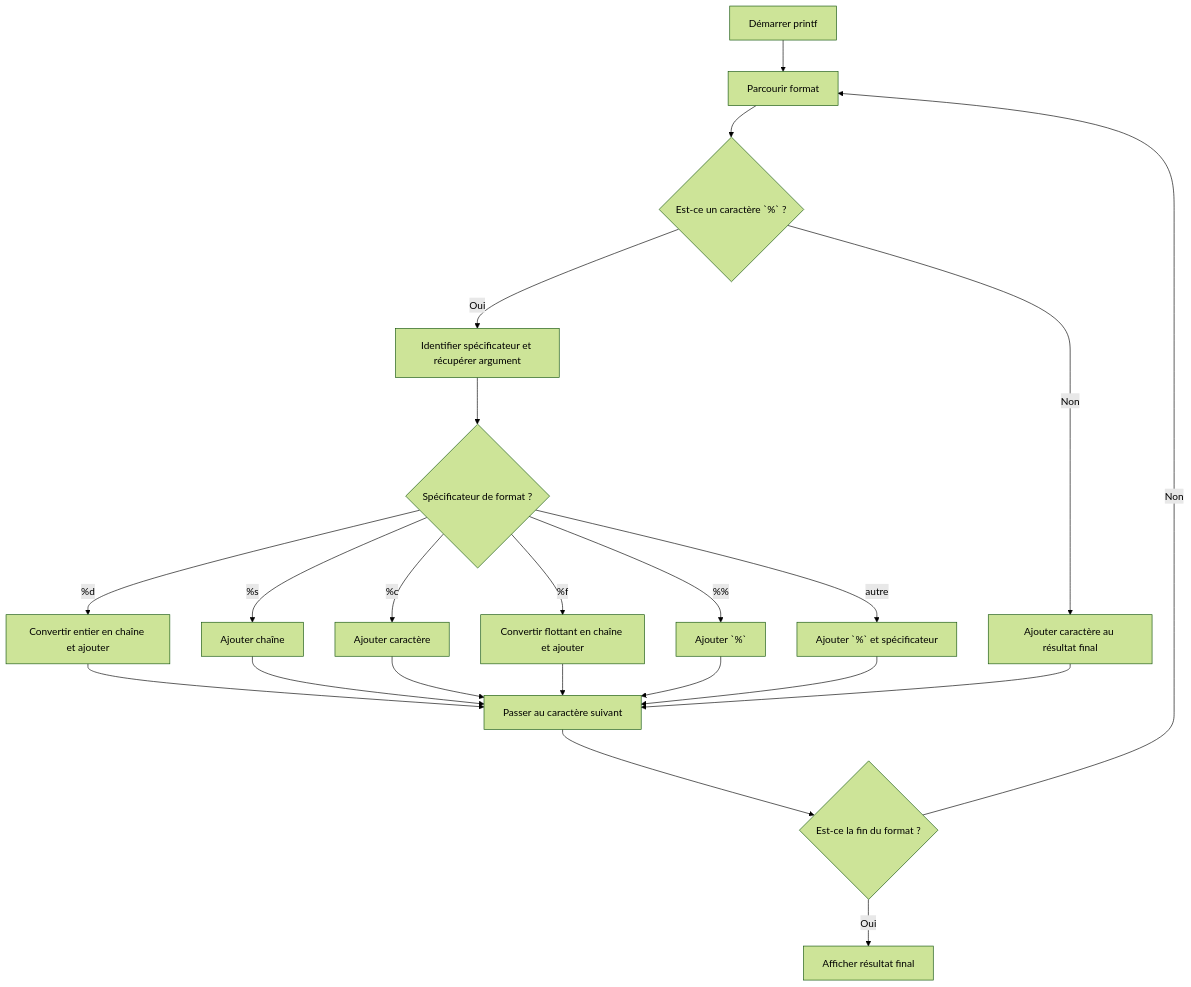
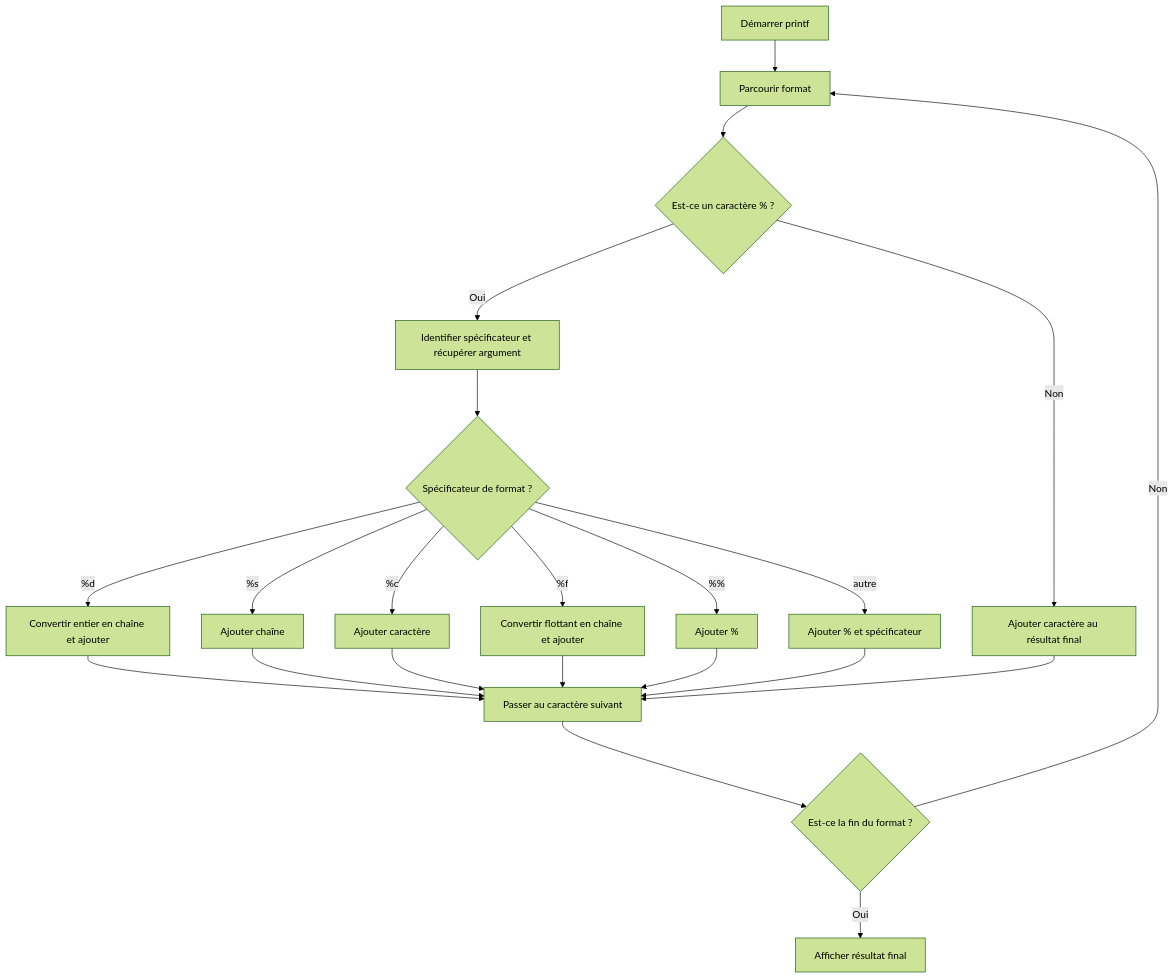
One commit to mrfouu/holbertonschool-printf changed the diagram in README.md. Above: the diagram before and after it, drawn with Mermaid (forest theme).

Commit message:
test flowchart dans readme

````diff
--- a/README.md
+++ b/README.md
@@ -1,24 +1,24 @@
 ```mermaid
 graph TD
     A[Démarrer printf] --> B[Parcourir format]
-    B --> C{Est-ce un caractère `%` ?}
+    B --> C{Est-ce un caractère % ?}
     C -->|Oui| D[Identifier spécificateur et récupérer argument]
     C -->|Non| E[Ajouter caractère au résultat final]
     D --> F{Spécificateur de format ?}
     F -->|%d| G[Convertir entier en chaîne et ajouter]
     F -->|%s| H[Ajouter chaîne]
     F -->|%c| I[Ajouter caractère]
     F -->|%f| J[Convertir flottant en chaîne et ajouter]
-    F -->|%%| K[Ajouter `%`]
-    F -->|autre| L[Ajouter `%` et spécificateur]
+    F -->|%%| K[Ajouter %]
+    F -->|autre| L[Ajouter % et spécificateur]
     G --> M[Passer au caractère suivant]
     H --> M
     I --> M
     J --> M
     K --> M
     L --> M
     E --> M
     M --> N{Est-ce la fin du format ?}
     N -->|Oui| O[Afficher résultat final]
     N -->|Non| B
 ```
````
